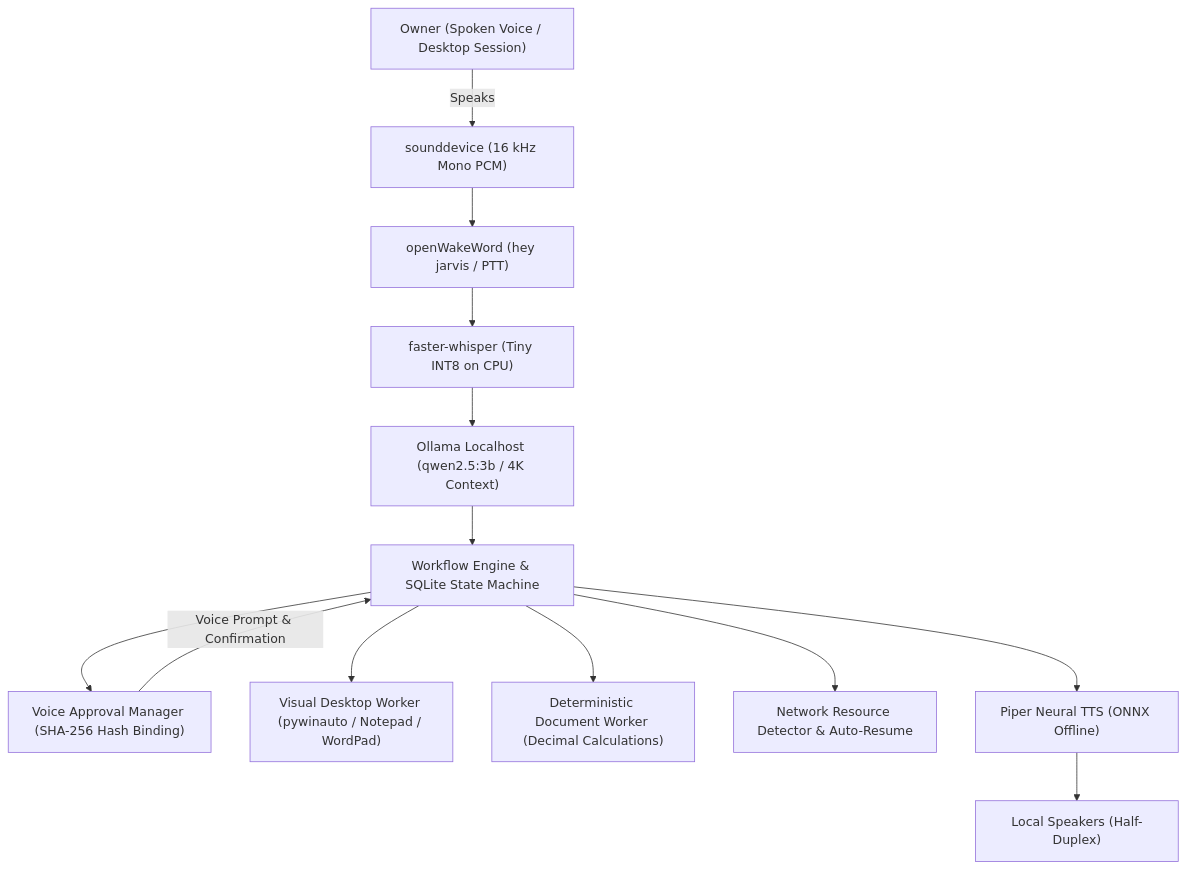
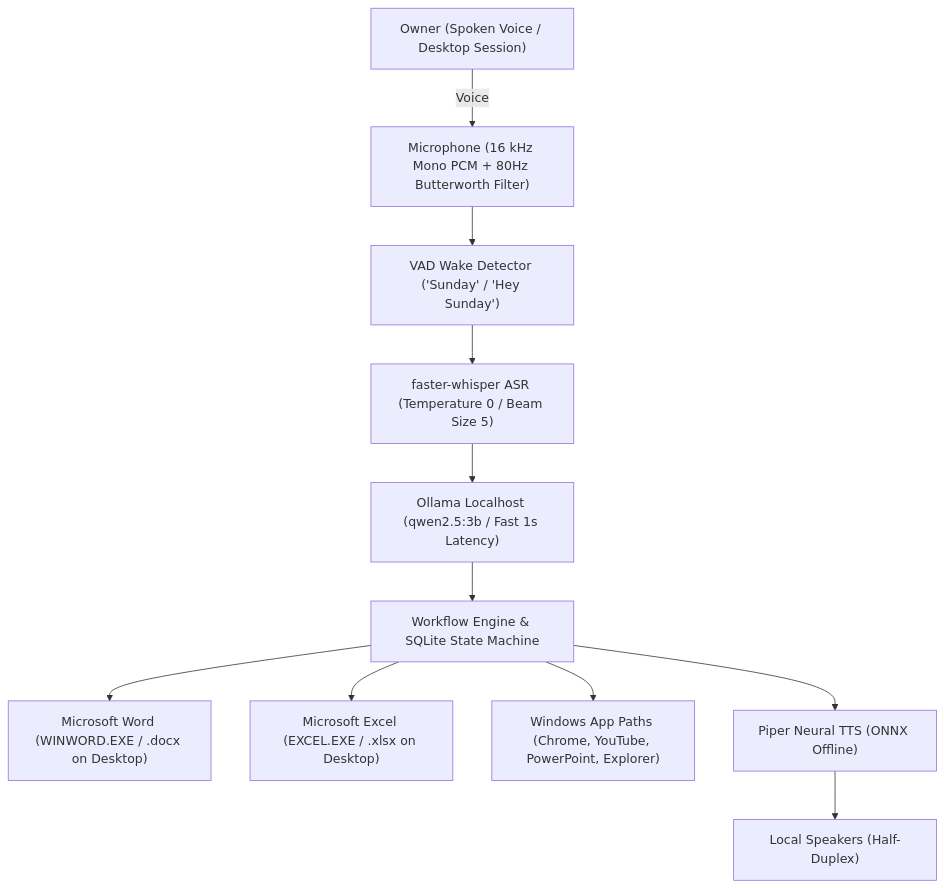
The diagram in BUILD_REPORT.md (obaidsayyed/codekshetra), drawn with Mermaid before and after one commit. The commit also changed other lines of this file, not shown here.

Commit message:
docs: update BUILD_REPORT.md with verified Word essay and Excel invoice test results

````diff
--- a/BUILD_REPORT.md
+++ b/BUILD_REPORT.md
@@ -15,28 +21,25 @@
 ```mermaid
 flowchart TD
     User["Owner (Spoken Voice / Desktop Session)"]
-    Mic["sounddevice (16 kHz Mono PCM)"]
-    WW["openWakeWord (hey jarvis / PTT)"]
-    STT["faster-whisper (Tiny INT8 on CPU)"]
-    Brain["Ollama Localhost (qwen2.5:3b / 4K Context)"]
+    Mic["Microphone (16 kHz Mono PCM + 80Hz Butterworth Filter)"]
+    WW["VAD Wake Detector ('Sunday' / 'Hey Sunday')"]
+    STT["faster-whisper ASR (Temperature 0 / Beam Size 5)"]
+    Brain["Ollama Localhost (qwen2.5:3b / Fast 1s Latency)"]
     Orch["Workflow Engine & SQLite State Machine"]
-    Perm["Voice Approval Manager (SHA-256 Hash Binding)"]
-    Desk["Visual Desktop Worker (pywinauto / Notepad / WordPad)"]
-    Docs["Deterministic Document Worker (Decimal Calculations)"]
-    Net["Network Resource Detector & Auto-Resume"]
+    Word["Microsoft Word (WINWORD.EXE / .docx on Desktop)"]
+    Excel["Microsoft Excel (EXCEL.EXE / .xlsx on Desktop)"]
+    Apps["Windows App Paths (Chrome, YouTube, PowerPoint, Explorer)"]
     TTS["Piper Neural TTS (ONNX Offline)"]
     Spk["Local Speakers (Half-Duplex)"]
 
-    User -->|Speaks| Mic
+    User -->|Voice| Mic
     Mic --> WW
     WW --> STT
     STT --> Brain
     Brain --> Orch
-    Orch --> Perm
-    Perm -->|Voice Prompt & Confirmation| Orch
-    Orch --> Desk
-    Orch --> Docs
-    Orch --> Net
+    Orch --> Word
+    Orch --> Excel
+    Orch --> Apps
     Orch --> TTS
     TTS --> Spk
 ```
````
